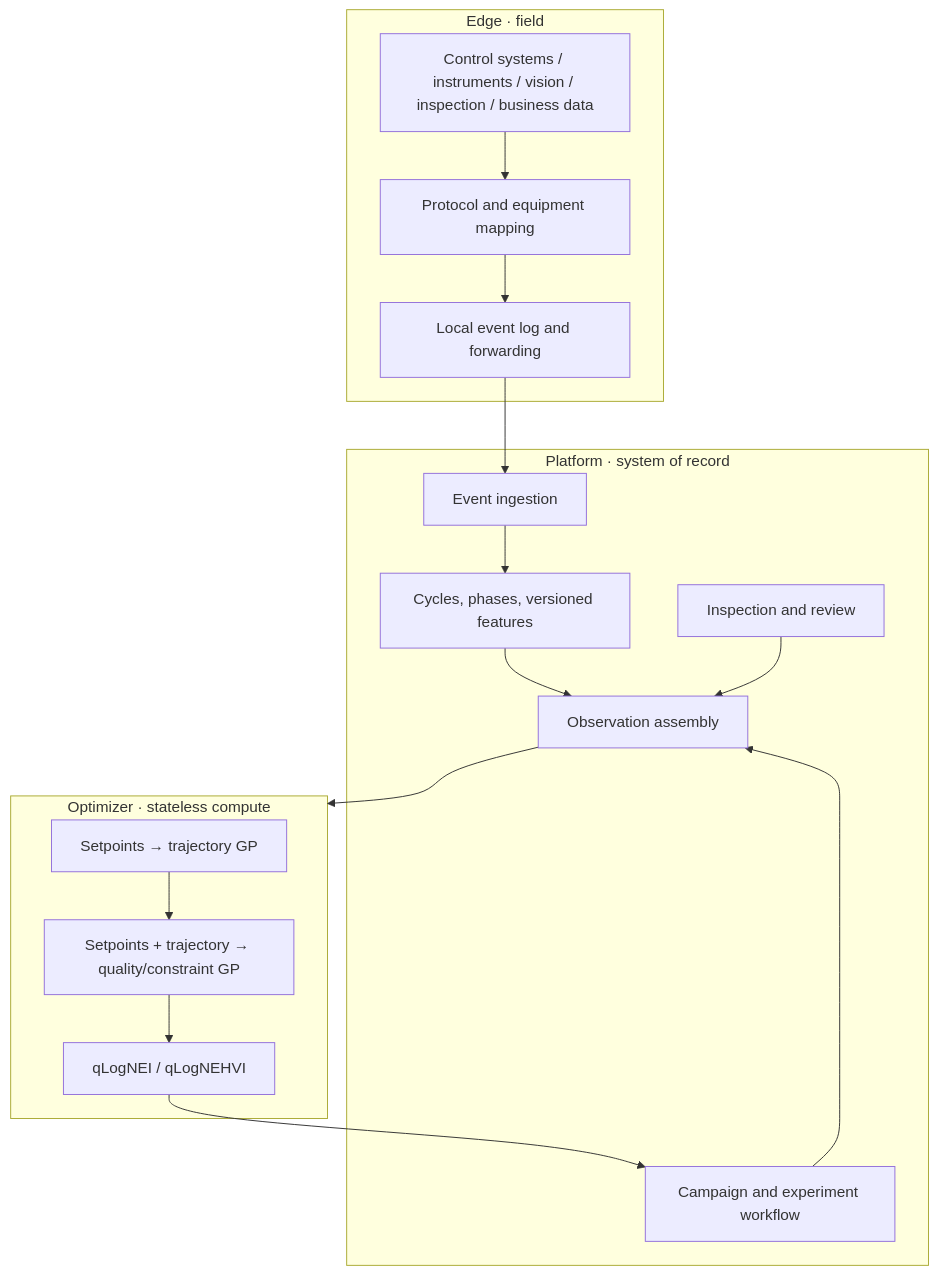
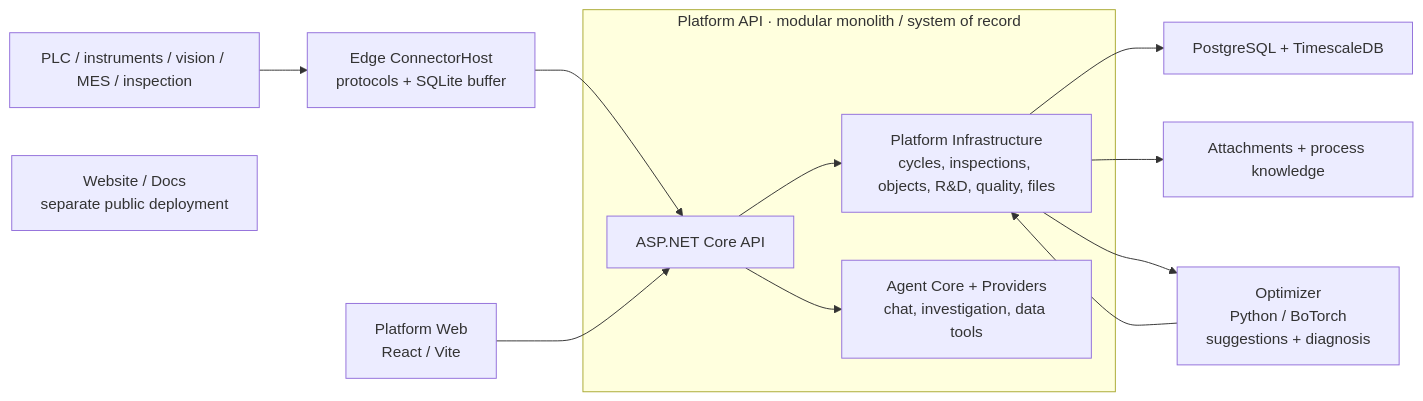
Before and after one commit to liuweichaox/Ingot: the diagram in docs/design.en.md, drawn with Mermaid. The commit also changed other lines of this file and 10 other files, not shown here.

First line of the commit message:
Document embedded Agent and modular Platform topology

````diff
--- a/docs/design.en.md
+++ b/docs/design.en.md
@@ -29,31 +29,21 @@
 ```mermaid
-flowchart TB
-    subgraph Edge["Edge · field"]
-        Sources["Control systems / instruments / vision / inspection / business data"]
-        Driver["Protocol and equipment mapping"]
-        Buffer["Local event log and forwarding"]
-        Sources --> Driver --> Buffer
+flowchart LR
+    Sources["PLC / instruments / vision / MES / inspection"] --> Connector["Edge ConnectorHost\nprotocols + SQLite buffer"]
+
+    subgraph Platform["Platform API · modular monolith / system of record"]
+        API["ASP.NET Core API"]
+        Business["Platform Infrastructure\ncycles, inspections, objects, R&D, quality, files"]
+        Agent["Agent Core + Providers\nchat, investigation, data tools"]
+        API --> Business
+        API --> Agent
     end
 
-    subgraph Platform["Platform · system of record"]
-        Ingest["Event ingestion"]
-        Cycle["Cycles, phases, versioned features"]
-        Inspection["Inspection and review"]
-        Research["Campaign and experiment workflow"]
-        Observation["Observation assembly"]
-        Ingest --> Cycle --> Observation
-        Inspection --> Observation
-        Research --> Observation
-    end
+    Connector --> API
+    Web["Platform Web\nReact / Vite"] --> API
+    Business --> DB["PostgreSQL + TimescaleDB"]
+    Business --> Files["Attachments + process knowledge"]
+    Business --> Optimizer["Optimizer\nPython / BoTorch\nsuggestions + diagnosis"]
+    Optimizer --> Business
 
-    subgraph Optimizer["Optimizer · stateless compute"]
-        Trajectory["Setpoints → trajectory GP"]
-        Quality["Setpoints + trajectory → quality/constraint GP"]
-        Acquisition["qLogNEI / qLogNEHVI"]
-        Trajectory --> Quality --> Acquisition
-    end
-
-    Buffer --> Ingest
-    Observation --> Optimizer
-    Acquisition --> Research
+    Public["Website / Docs\nseparate public deployment"]
 ```
````
